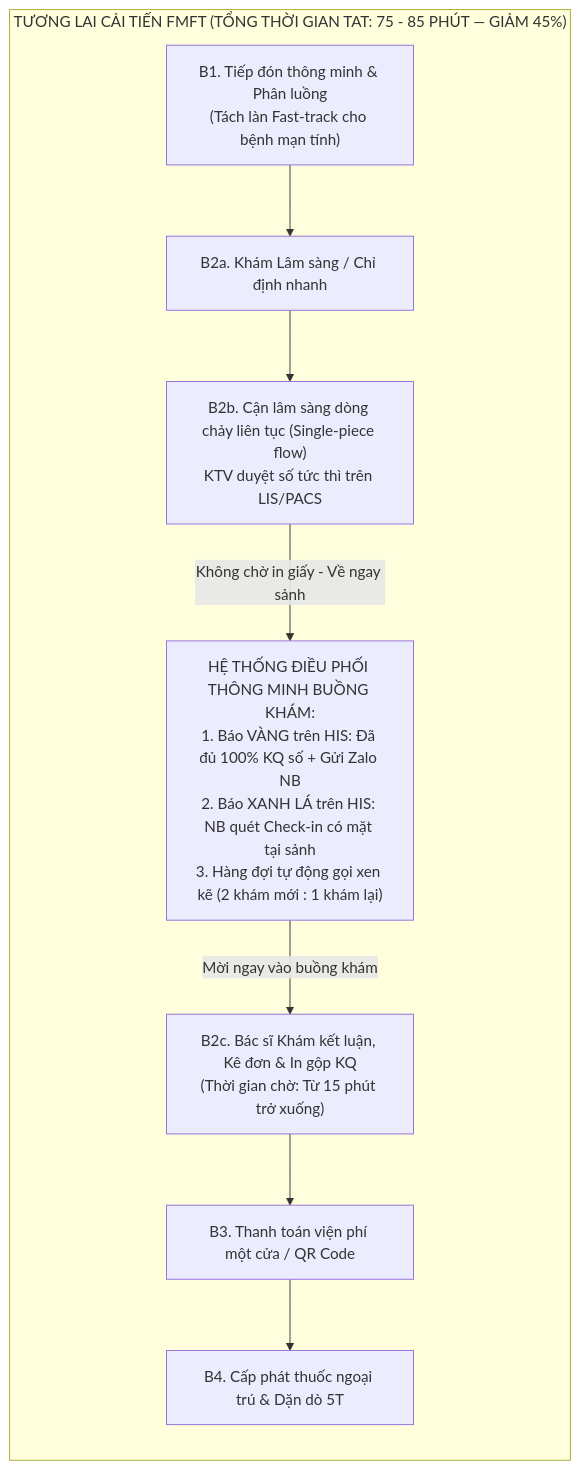
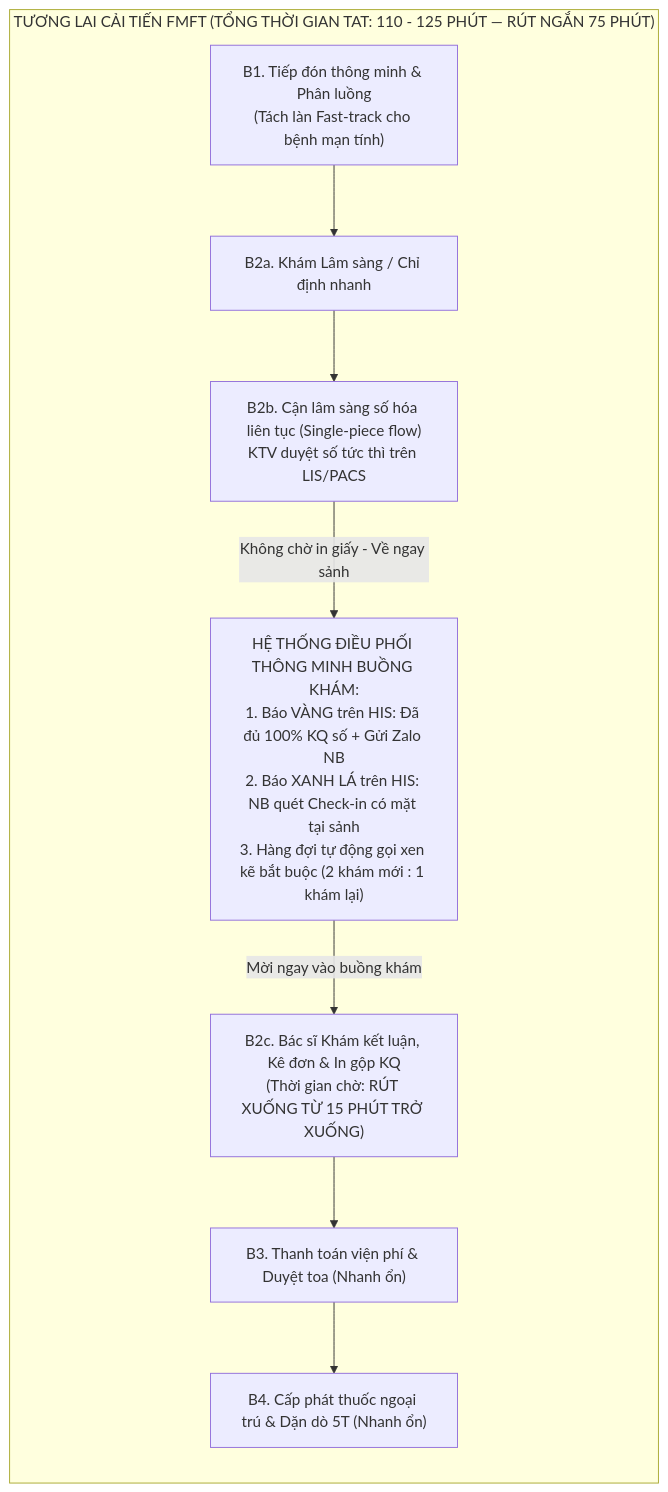
One commit to cmubeta2/fmft-nhom8-thanhvumedic changed the second of 2 diagrams in cs3/DE_AN_1_TOI_UU_THOI_GIAN_CHO_NGOAI_TRU_M01_M04.md. Above: the diagram before and after it, drawn with Mermaid. The commit also changed other lines of this file and 1 other file, not shown here.

````diff
--- a/cs3/DE_AN_1_TOI_UU_THOI_GIAN_CHO_NGOAI_TRU_M01_M04.md
+++ b/cs3/DE_AN_1_TOI_UU_THOI_GIAN_CHO_NGOAI_TRU_M01_M04.md
@@ -91,12 +91,12 @@
 ```mermaid
 flowchart TD
-    subgraph TO_BE["TƯƠNG LAI CẢI TIẾN FMFT (TỔNG THỜI GIAN TAT: 75 - 85 PHÚT — GIẢM 45%)"]
+    subgraph TO_BE["TƯƠNG LAI CẢI TIẾN FMFT (TỔNG THỜI GIAN TAT: 110 - 125 PHÚT — RÚT NGẮN 75 PHÚT)"]
         direction TB
         TB1["B1. Tiếp đón thông minh & Phân luồng\n(Tách làn Fast-track cho bệnh mạn tính)"] --> TB2a["B2a. Khám Lâm sàng / Chỉ định nhanh"]
-        TB2a --> TB2b["B2b. Cận lâm sàng dòng chảy liên tục (Single-piece flow)\nKTV duyệt số tức thì trên LIS/PACS"]
-        TB2b -->|Không chờ in giấy - Về ngay sảnh| TB_Signal["HỆ THỐNG ĐIỀU PHỐI THÔNG MINH BUỒNG KHÁM:\n1. Báo VÀNG trên HIS: Đã đủ 100% KQ số + Gửi Zalo NB\n2. Báo XANH LÁ trên HIS: NB quét Check-in có mặt tại sảnh\n3. Hàng đợi tự động gọi xen kẽ (2 khám mới : 1 khám lại)"]
-        TB_Signal -->|Mời ngay vào buồng khám| TB2c["B2c. Bác sĩ Khám kết luận, Kê đơn & In gộp KQ\n(Thời gian chờ: Từ 15 phút trở xuống)"]
-        TB2c --> TB3["B3. Thanh toán viện phí một cửa / QR Code"]
-        TB3 --> TB4["B4. Cấp phát thuốc ngoại trú & Dặn dò 5T"]
+        TB2a --> TB2b["B2b. Cận lâm sàng số hóa liên tục (Single-piece flow)\nKTV duyệt số tức thì trên LIS/PACS"]
+        TB2b -->|Không chờ in giấy - Về ngay sảnh| TB_Signal["HỆ THỐNG ĐIỀU PHỐI THÔNG MINH BUỒNG KHÁM:\n1. Báo VÀNG trên HIS: Đã đủ 100% KQ số + Gửi Zalo NB\n2. Báo XANH LÁ trên HIS: NB quét Check-in có mặt tại sảnh\n3. Hàng đợi tự động gọi xen kẽ bắt buộc (2 khám mới : 1 khám lại)"]
+        TB_Signal -->|Mời ngay vào buồng khám| TB2c["B2c. Bác sĩ Khám kết luận, Kê đơn & In gộp KQ\n(Thời gian chờ: RÚT XUỐNG TỪ 15 PHÚT TRỞ XUỐNG)"]
+        TB2c --> TB3["B3. Thanh toán viện phí & Duyệt toa (Nhanh ổn)"]
+        TB3 --> TB4["B4. Cấp phát thuốc ngoại trú & Dặn dò 5T (Nhanh ổn)"]
     end
 ```
````
